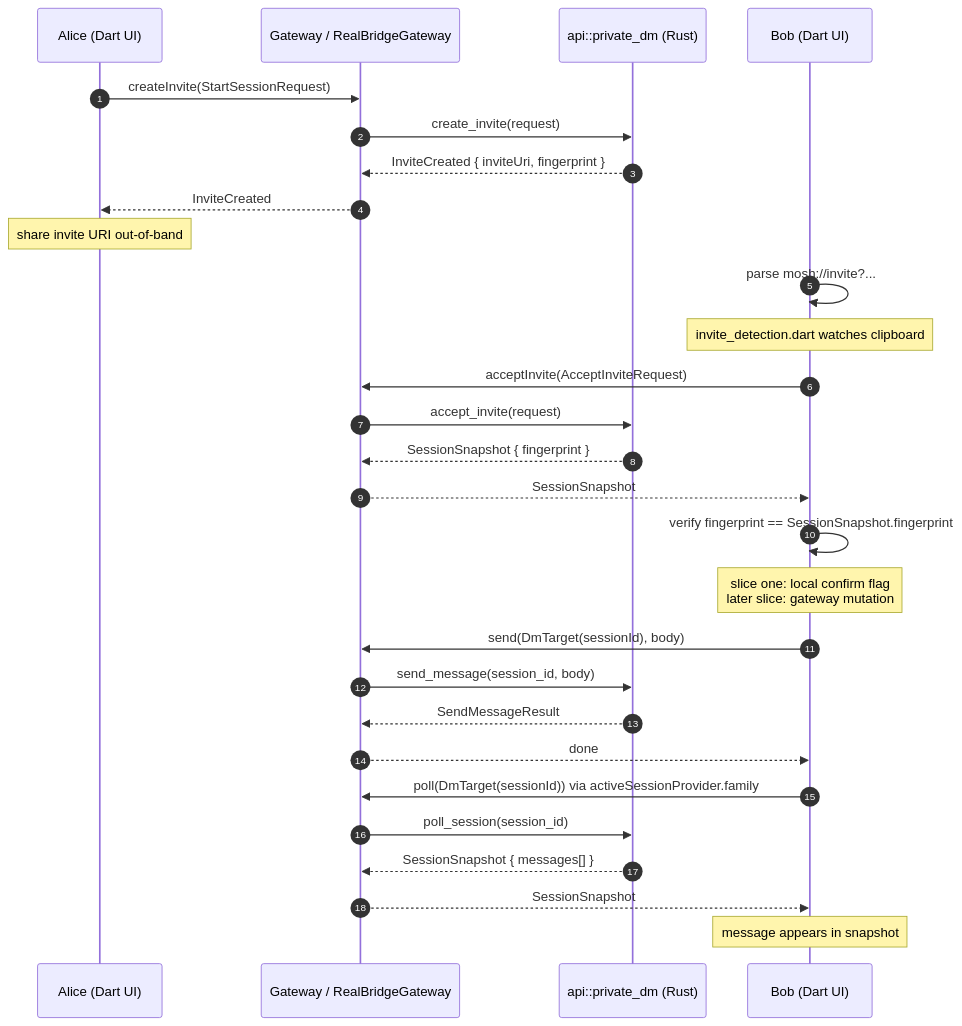
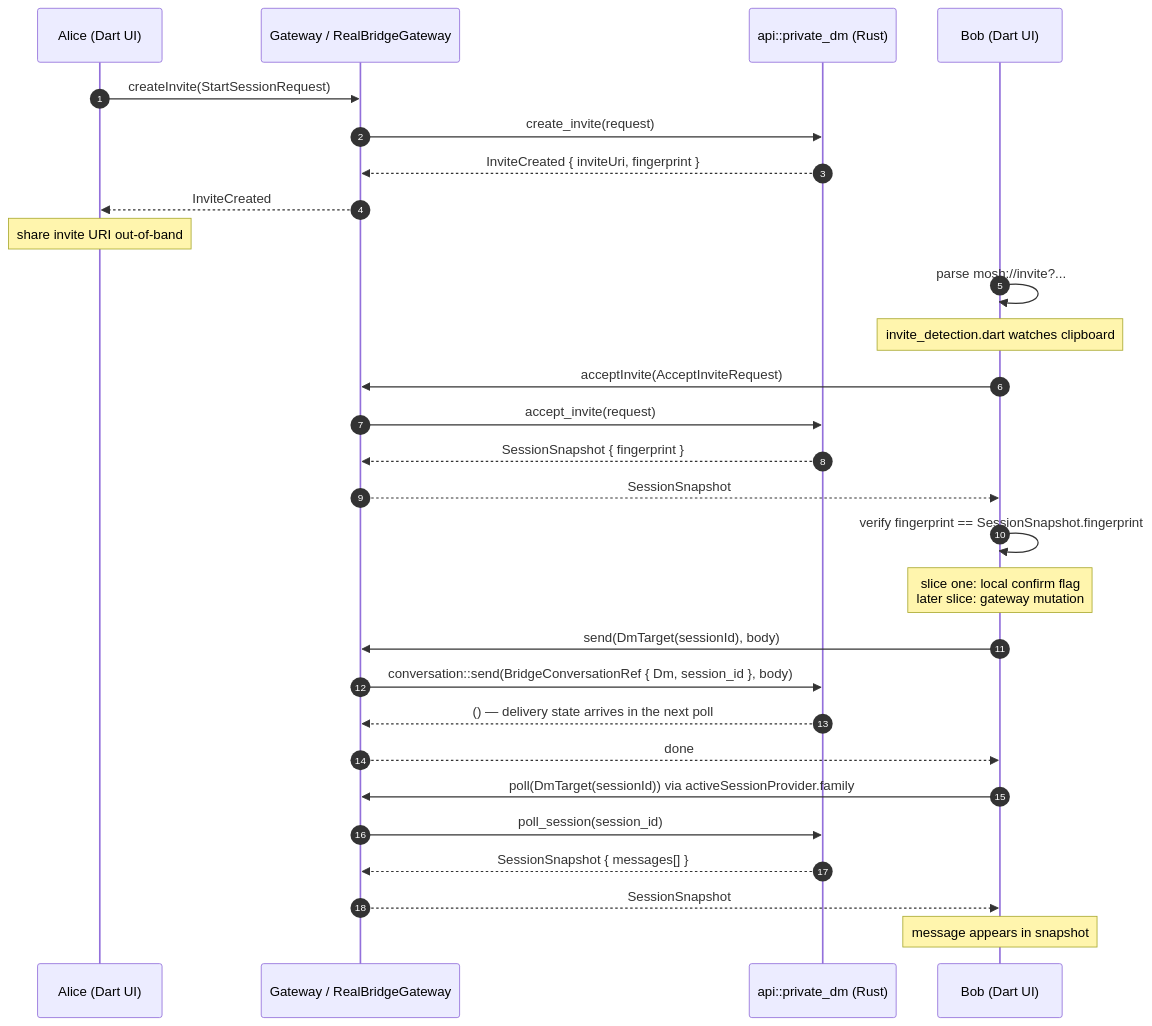
The diagram in docs/Features/private-dm.md (redstone-md/mosh-flutter), drawn with Mermaid before and after one commit. The commit also changed 18 other files, not shown here.

````diff
--- a/docs/Features/private-dm.md
+++ b/docs/Features/private-dm.md
@@ -15,31 +15,31 @@
 ```mermaid
 sequenceDiagram
     autonumber
     participant Alice as Alice (Dart UI)
     participant GW as Gateway / RealBridgeGateway
     participant Api as api::private_dm (Rust)
     participant Bob as Bob (Dart UI)
 
     Alice->>GW: createInvite(StartSessionRequest)
     GW->>Api: create_invite(request)
     Api-->>GW: InviteCreated { inviteUri, fingerprint }
     GW-->>Alice: InviteCreated
     Note over Alice: share invite URI out-of-band
     Bob->>Bob: parse mosh://invite?...#fp= via invite_uri.dart
     Note over Bob: invite_detection.dart watches clipboard
     Bob->>GW: acceptInvite(AcceptInviteRequest)
     GW->>Api: accept_invite(request)
     Api-->>GW: SessionSnapshot { fingerprint }
     GW-->>Bob: SessionSnapshot
     Bob->>Bob: verify fingerprint == SessionSnapshot.fingerprint
     Note over Bob: slice one: local confirm flag<br/>later slice: gateway mutation
     Bob->>GW: send(DmTarget(sessionId), body)
-    GW->>Api: send_message(session_id, body)
-    Api-->>GW: SendMessageResult
+    GW->>Api: conversation::send(BridgeConversationRef { Dm, session_id }, body)
+    Api-->>GW: () — delivery state arrives in the next poll
     GW-->>Bob: done
     Bob->>GW: poll(DmTarget(sessionId)) via activeSessionProvider.family
     GW->>Api: poll_session(session_id)
     Api-->>GW: SessionSnapshot { messages[] }
     GW-->>Bob: SessionSnapshot
     Note over Bob: message appears in snapshot
 ```
````
